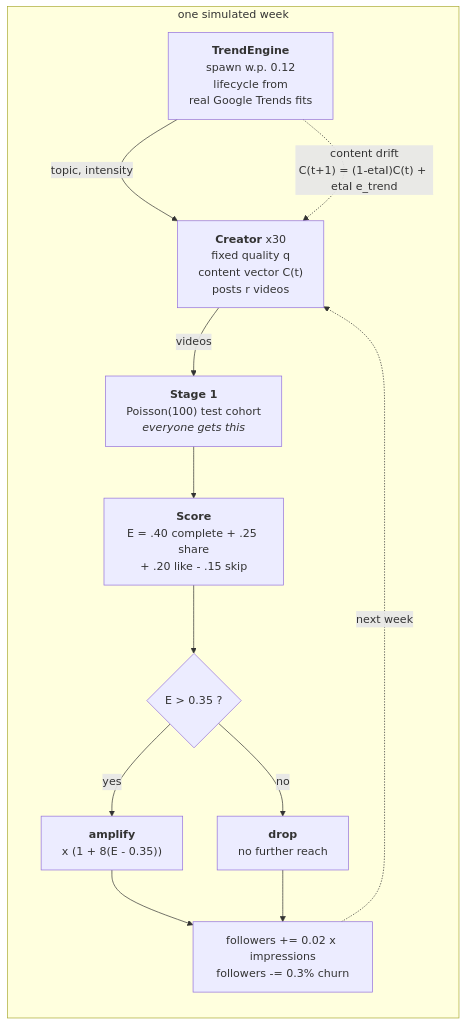
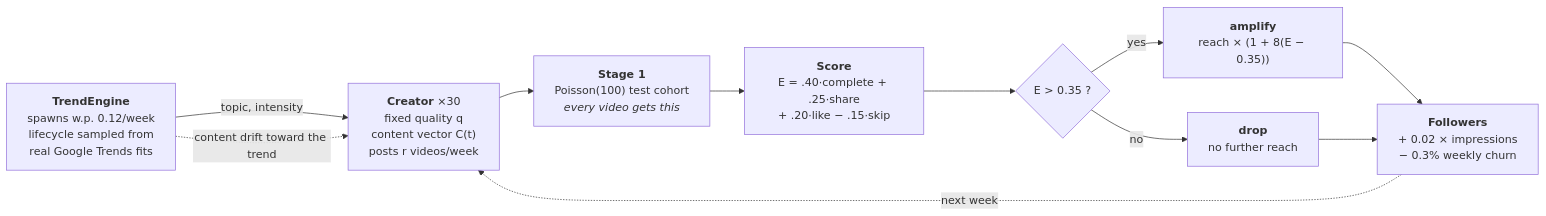
The diagram in README.md (rayyanmaan/tiktok-creator-strategy-simulation), drawn with Mermaid before and after one commit.

Commit message:
Lay the model diagram out horizontally
The subgraph with direction TB rendered as a very tall column on GitHub, and
the spelled-out eta in the content-drift label read as "etal". Flattened to a
left-to-right flow and moved the drift equation into the edge label.

````diff
--- a/README.md
+++ b/README.md
@@ -139,20 +139,17 @@
 ```mermaid
 flowchart LR
-    subgraph W["one simulated week"]
-        direction TB
-        TE["<b>TrendEngine</b><br/>spawn w.p. 0.12<br/>lifecycle from<br/>real Google Trends fits"]
-        CR["<b>Creator</b> x30<br/>fixed quality q<br/>content vector C(t)<br/>posts r videos"]
-        S1["<b>Stage 1</b><br/>Poisson(100) test cohort<br/><i>everyone gets this</i>"]
-        SC["<b>Score</b><br/>E = .40 complete + .25 share<br/>+ .20 like - .15 skip"]
-        S2{"E &gt; 0.35 ?"}
-        AMP["<b>amplify</b><br/>x (1 + 8(E - 0.35))"]
-        DROP["<b>drop</b><br/>no further reach"]
-        F["followers += 0.02 x impressions<br/>followers -= 0.3% churn"]
-    end
-    TE -->|topic, intensity| CR
-    CR -->|videos| S1 --> SC --> S2
+    TE["<b>TrendEngine</b><br/>spawns w.p. 0.12/week<br/>lifecycle sampled from<br/>real Google Trends fits"]
+    CR["<b>Creator</b> &times;30<br/>fixed quality q<br/>content vector C(t)<br/>posts r videos/week"]
+    S1["<b>Stage 1</b><br/>Poisson(100) test cohort<br/><i>every video gets this</i>"]
+    SC["<b>Score</b><br/>E = .40&middot;complete + .25&middot;share<br/>+ .20&middot;like &minus; .15&middot;skip"]
+    S2{"E &gt; 0.35 ?"}
+    AMP["<b>amplify</b><br/>reach &times; (1 + 8(E &minus; 0.35))"]
+    DROP["<b>drop</b><br/>no further reach"]
+    F["<b>Followers</b><br/>+ 0.02 &times; impressions<br/>&minus; 0.3% weekly churn"]
+
+    TE -->|"topic, intensity"| CR --> S1 --> SC --> S2
     S2 -->|yes| AMP --> F
     S2 -->|no| DROP --> F
     F -.->|"next week"| CR
-    TE -.->|"content drift<br/>C(t+1) = (1-etaI)C(t) + etaI e_trend"| CR
+    TE -.->|"content drift toward the trend"| CR
 ```
````
